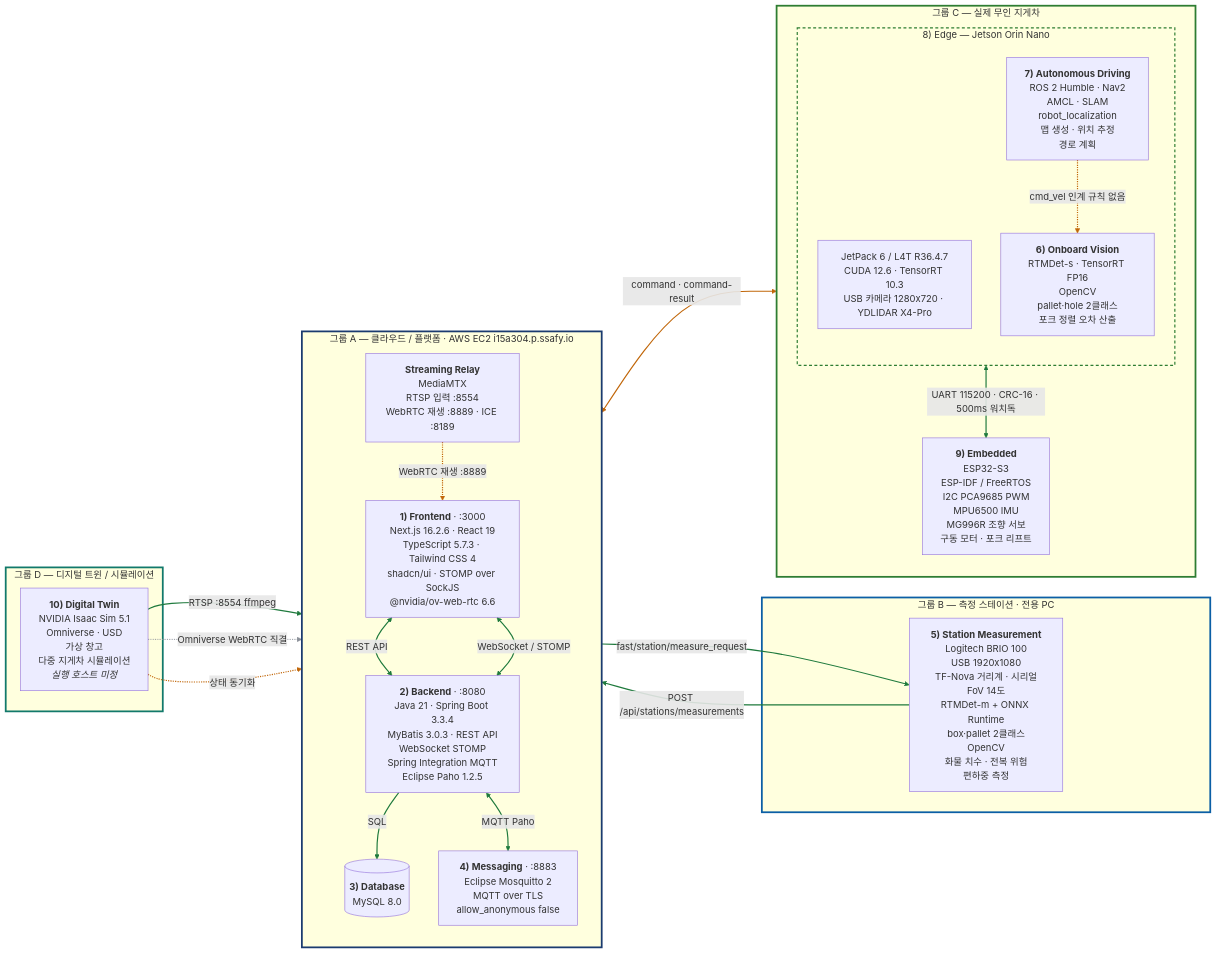
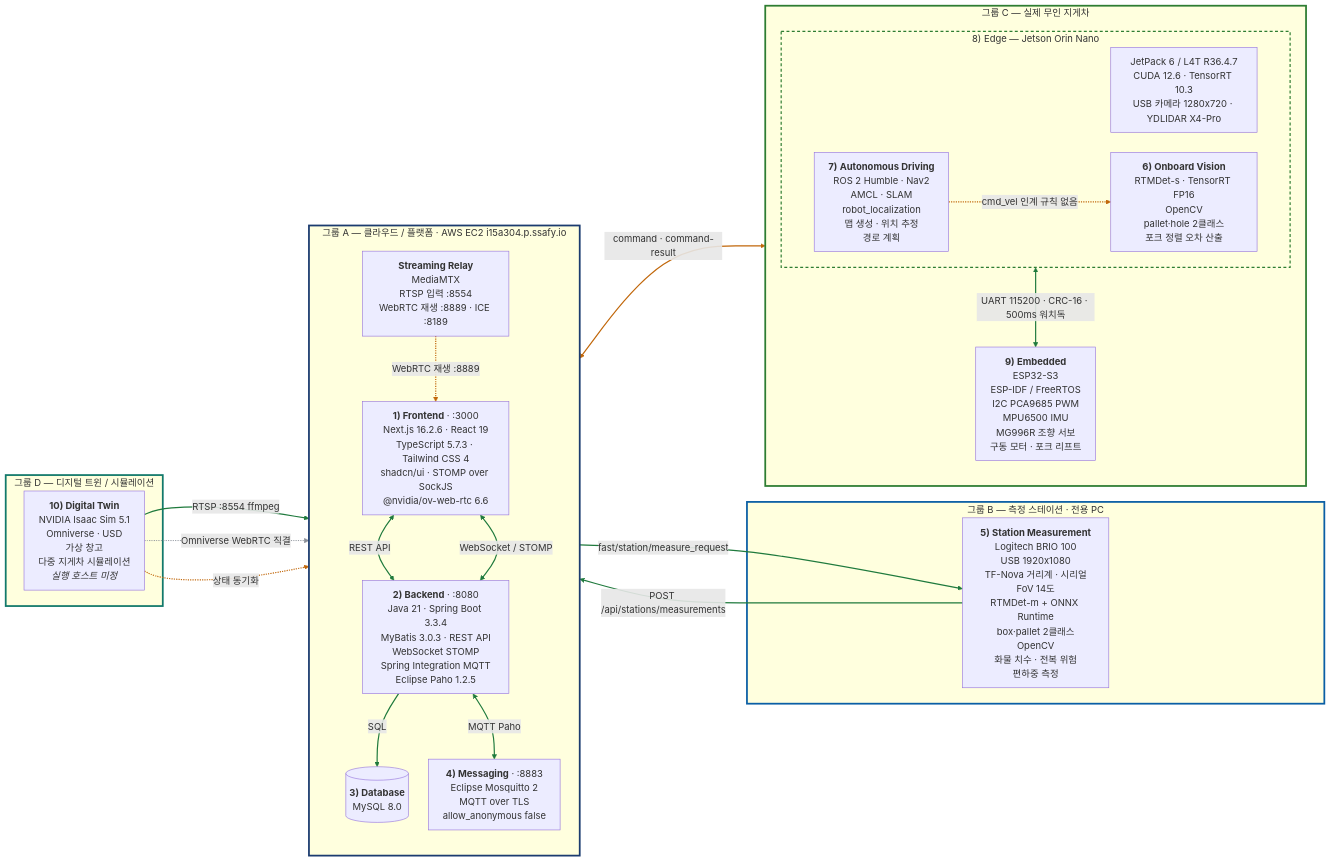
The diagram in docs/아키텍처-다이어그램.md (bjs0306b/fast-autonomous-forklift), drawn with Mermaid before and after one commit.

Commit message:
style(docs): 다이어그램 배치를 다듬는다
Jetson 안쪽(6·7과 제원)을 가로로 놓아 그룹 C 가 세로로 길어지던 것을 줄였다. init 지시자로 노드·랭크 간격을 좁히고 곡선을 basis 로 바꿔 긴 화살표가 덜 튀게 했다.

````diff
--- a/docs/아키텍처-다이어그램.md
+++ b/docs/아키텍처-다이어그램.md
@@ -5,4 +5,5 @@
 ```mermaid
+%%{init: {"flowchart": {"nodeSpacing": 34, "rankSpacing": 62, "curve": "basis", "padding": 12}}}%%
 flowchart LR
   subgraph GA["그룹 A — 클라우드 / 플랫폼 · AWS EC2 i15a304.p.ssafy.io"]
     direction TB
@@ -45,7 +46,7 @@
   subgraph GC["그룹 C — 실제 무인 지게차"]
     direction TB
     subgraph E8["8) Edge — Jetson Orin Nano"]
-      direction TB
+      direction LR
       J8["`JetPack 6 / L4T R36.4.7
       CUDA 12.6 · TensorRT 10.3
       USB 카메라 1280x720 · YDLIDAR X4-Pro`"]
````
